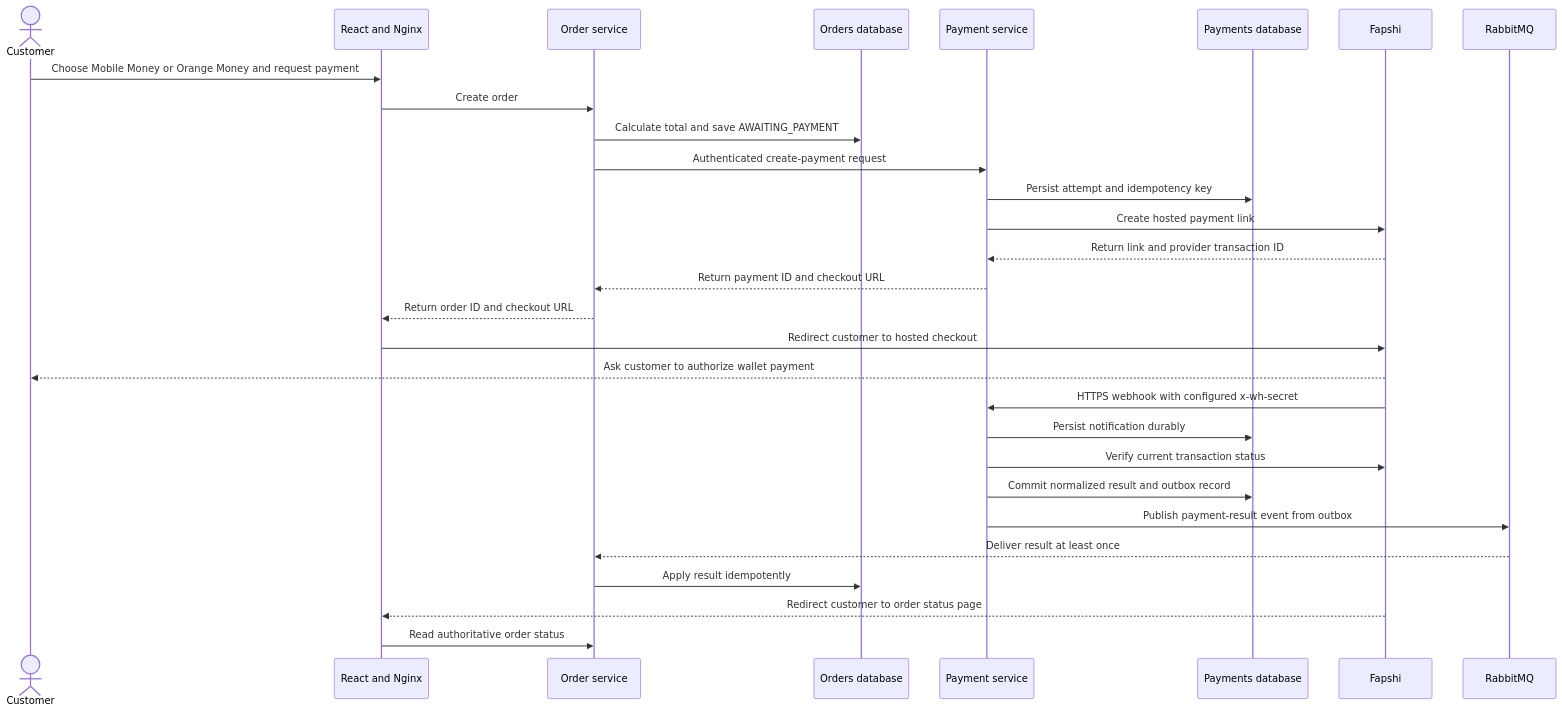
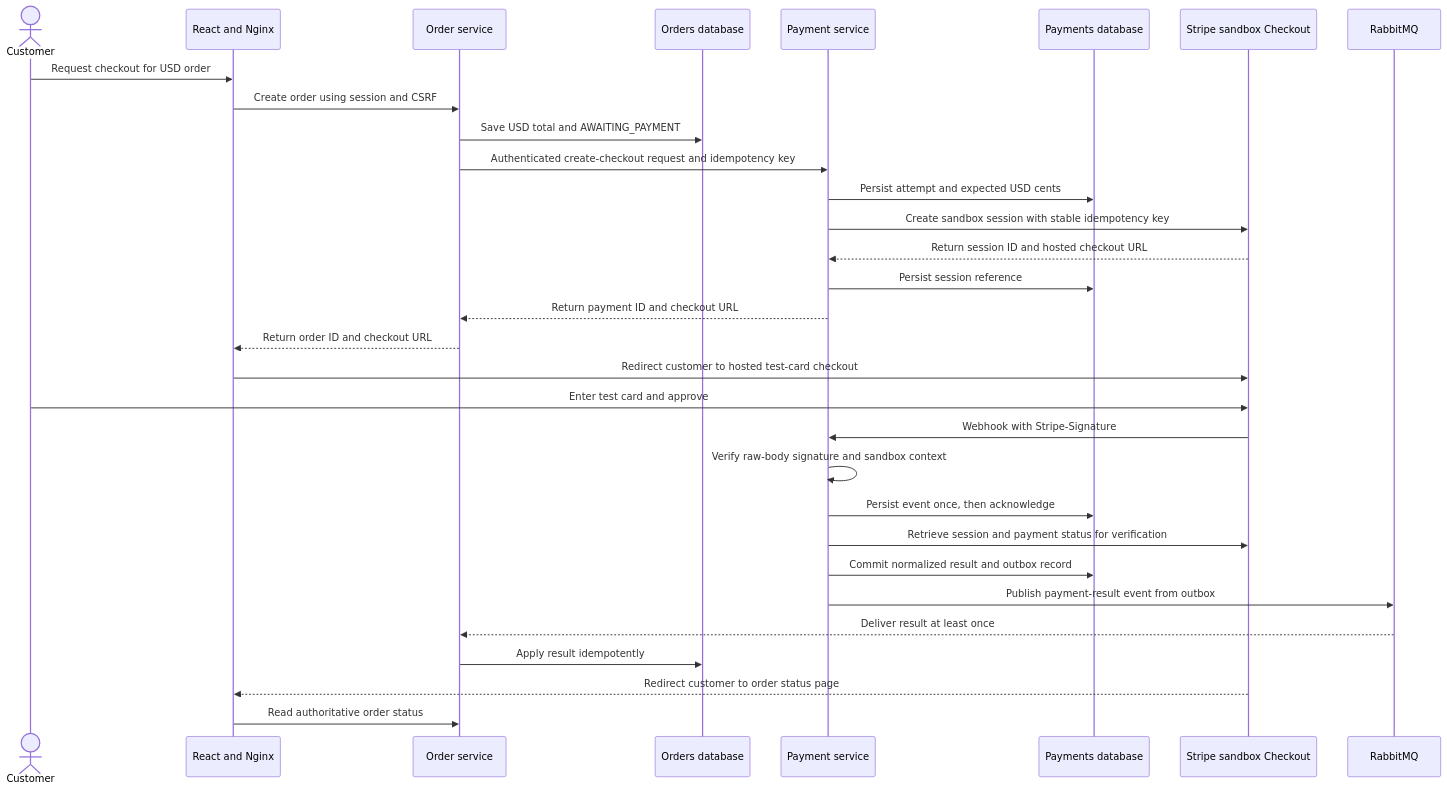
One commit to bansikah22/coffee-shop-app changed the diagram in payment-service/docs/architecture.md. Above: the diagram before and after it, drawn with Mermaid. The commit also changed other lines of this file and 77 other files, not shown here.

Commit message:
Integrate sandbox payments with coffee orders

````diff
--- a/payment-service/docs/architecture.md
+++ b/payment-service/docs/architecture.md
@@ -15,32 +33,34 @@
 ```mermaid
 sequenceDiagram
     actor Customer
     participant UI as React and Nginx
     participant Orders as Order service
     participant ODB as Orders database
     participant Payment as Payment service
     participant PDB as Payments database
-    participant Fapshi
+    participant Stripe as Stripe sandbox Checkout
     participant MQ as RabbitMQ
 
-    Customer->>UI: Choose Mobile Money or Orange Money and request payment
-    UI->>Orders: Create order
-    Orders->>ODB: Calculate total and save AWAITING_PAYMENT
-    Orders->>Payment: Authenticated create-payment request
-    Payment->>PDB: Persist attempt and idempotency key
-    Payment->>Fapshi: Create hosted payment link
-    Fapshi-->>Payment: Return link and provider transaction ID
+    Customer->>UI: Request checkout for USD order
+    UI->>Orders: Create order using session and CSRF
+    Orders->>ODB: Save USD total and AWAITING_PAYMENT
+    Orders->>Payment: Authenticated create-checkout request and idempotency key
+    Payment->>PDB: Persist attempt and expected USD cents
+    Payment->>Stripe: Create sandbox session with stable idempotency key
+    Stripe-->>Payment: Return session ID and hosted checkout URL
+    Payment->>PDB: Persist session reference
     Payment-->>Orders: Return payment ID and checkout URL
     Orders-->>UI: Return order ID and checkout URL
-    UI->>Fapshi: Redirect customer to hosted checkout
-    Fapshi-->>Customer: Ask customer to authorize wallet payment
-    Fapshi->>Payment: HTTPS webhook with configured x-wh-secret
-    Payment->>PDB: Persist notification durably
-    Payment->>Fapshi: Verify current transaction status
+    UI->>Stripe: Redirect customer to hosted test-card checkout
+    Customer->>Stripe: Enter test card and approve
+    Stripe->>Payment: Webhook with Stripe-Signature
+    Payment->>Payment: Verify raw-body signature and sandbox context
+    Payment->>PDB: Persist event once, then acknowledge
+    Payment->>Stripe: Retrieve session and payment status for verification
     Payment->>PDB: Commit normalized result and outbox record
     Payment->>MQ: Publish payment-result event from outbox
     MQ-->>Orders: Deliver result at least once
     Orders->>ODB: Apply result idempotently
-    Fapshi-->>UI: Redirect customer to order status page
+    Stripe-->>UI: Redirect customer to order status page
     UI->>Orders: Read authoritative order status
 ```
````
